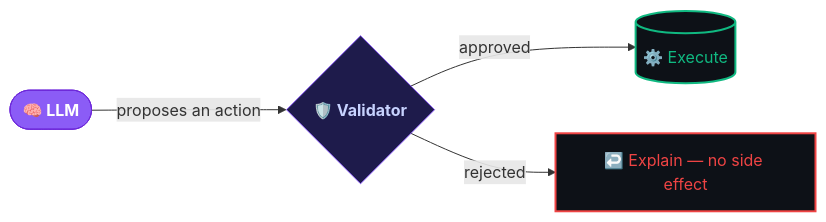
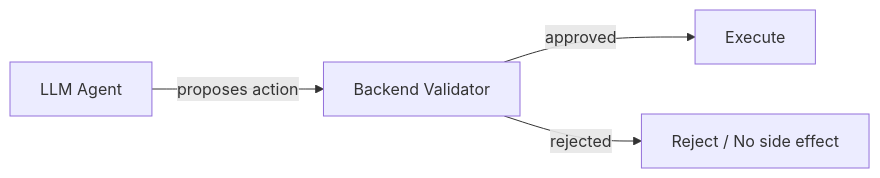
The first of 3 diagrams in README.md (MuhammadBilal561/MuhammadBilal561), drawn with Mermaid before and after one commit. The commit also changed other lines of this file, not shown here.

````diff
--- a/README.md
+++ b/README.md
@@ -20,11 +20,11 @@
 ```mermaid
 flowchart LR
-    A(["🧠 LLM"]):::model -->|proposes an action| B{"🛡️ Validator"}:::validator
-    B -->|approved| C[("⚙️ Execute")]:::go
-    B -->|rejected| D["↩️ Explain — no side effect"]:::stop
+    A[LLM Agent] -->|proposes action| B[Backend Validator]
+    B -->|approved| C[Execute]
+    B -->|rejected| D[Reject / No side effect]
 
     classDef model fill:#8B5CF6,stroke:#6D28D9,color:#fff,font-weight:bold;
     classDef validator fill:#1E1B4B,stroke:#8B5CF6,color:#C7D2FE,font-weight:bold;
     classDef go fill:#0D1117,stroke:#10B981,color:#10B981,stroke-width:2px;
     classDef stop fill:#0D1117,stroke:#EF4444,color:#EF4444,stroke-width:2px;
 ```
````
